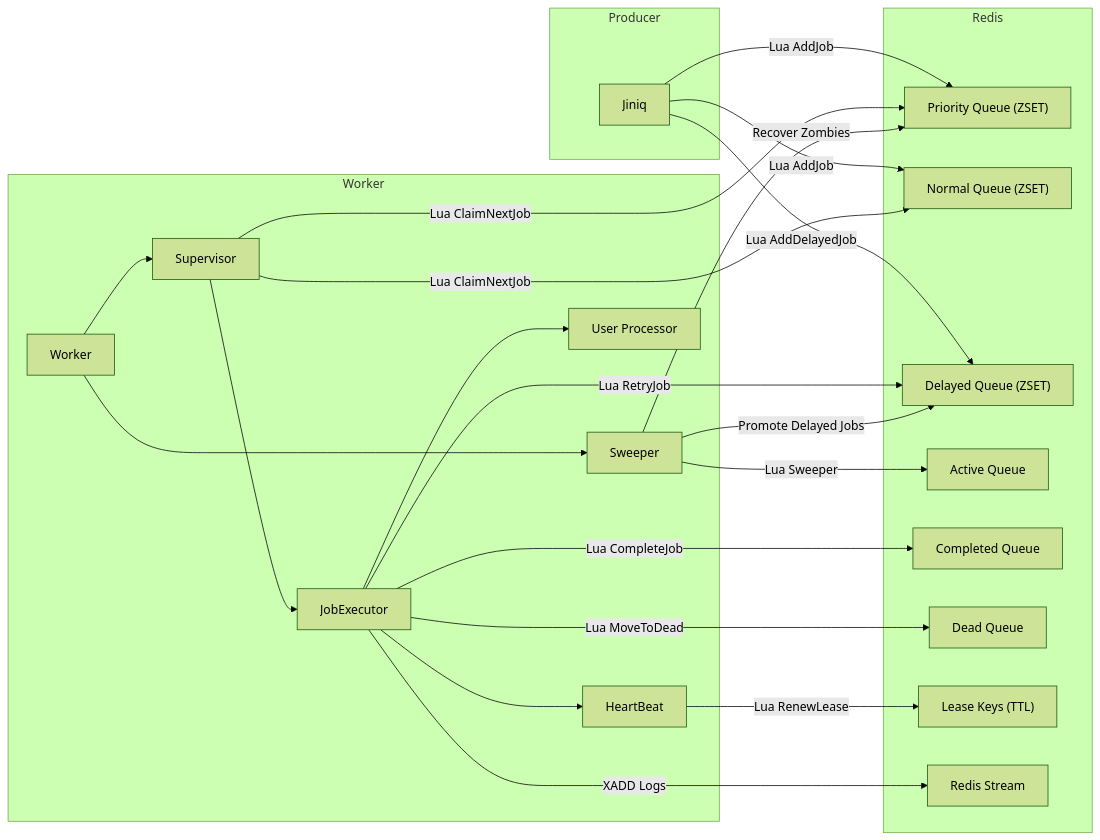
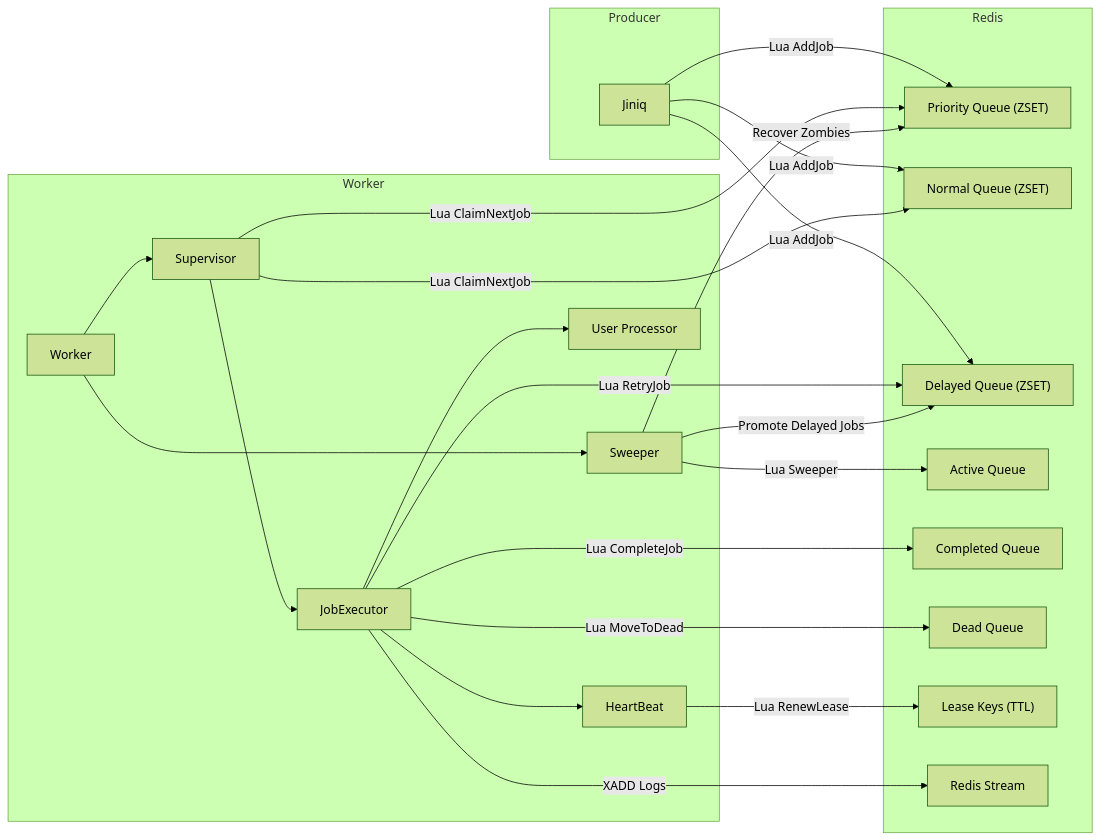
The diagram in README.md (Nilay-Shahane/JiNiQ-Distributed-Job-Queue-Library-for-Node.js), drawn with Mermaid (forest theme) before and after one commit. The commit also changed other lines of this file and 34 other files, not shown here.

Commit message:
fixing bugs on JiNiQ core engine, Redis Lua state machine, and architectural documentation

````diff
--- a/README.md
+++ b/README.md
@@ -114,53 +142,54 @@
 ```mermaid
 graph LR
 
 subgraph Producer
     P[Jiniq]
 end
 
 subgraph Redis
     PQ["Priority Queue (ZSET)"]
     NQ["Normal Queue (ZSET)"]
     DQ["Delayed Queue (ZSET)"]
     AQ["Active Queue"]
     CQ["Completed Queue"]
     DEAD["Dead Queue"]
     LOCK["Lease Keys (TTL)"]
     STREAM["Redis Stream"]
 end
 
 subgraph Worker
     W[Worker]
     S[Supervisor]
     SW[Sweeper]
     JE[JobExecutor]
     HB[HeartBeat]
     USER["User Processor"]
 end
 
 P -->|Lua AddJob| PQ
 P -->|Lua AddJob| NQ
-P -->|Lua AddDelayedJob| DQ
+P -->|Lua AddJob| DQ
 
 W --> S
 W --> SW
 
 S -->|Lua ClaimNextJob| PQ
 S -->|Lua ClaimNextJob| NQ
 
 S --> JE
 JE --> USER
 JE --> HB
 
 HB -->|Lua RenewLease| LOCK
 
 JE -->|Lua CompleteJob| CQ
 JE -->|Lua RetryJob| DQ
 JE -->|Lua MoveToDead| DEAD
 
 JE -->|XADD Logs| STREAM
 
 SW -->|Lua Sweeper| AQ
 SW -->|Recover Zombies| PQ
 SW -->|Promote Delayed Jobs| DQ
+
 ```
````
